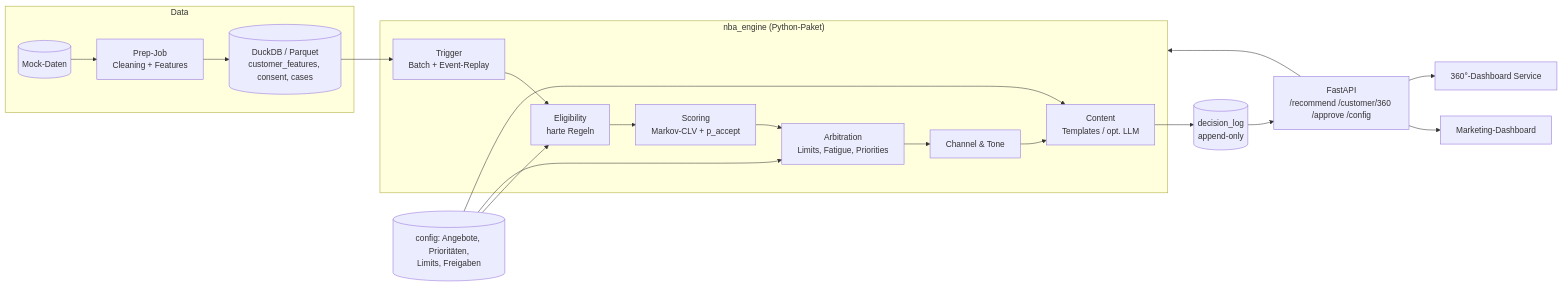
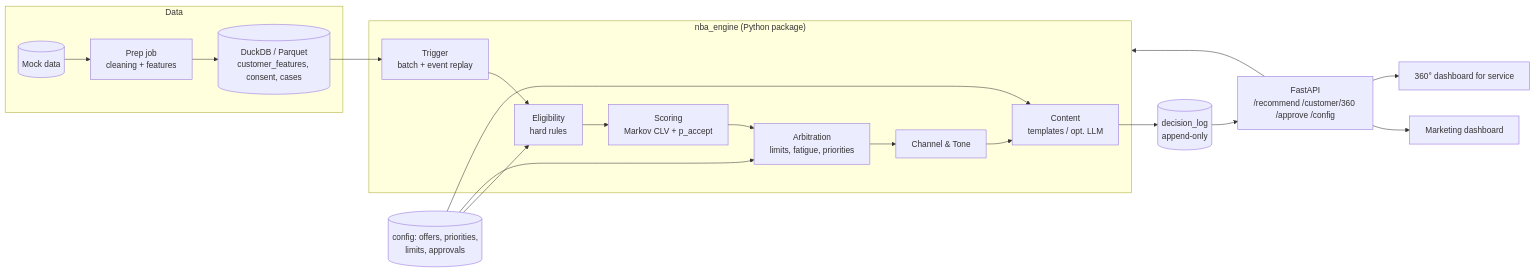
The second of 3 diagrams in PLANUNG_hackathon3.md (rajansurkhab/maingau-nba-engine), drawn with Mermaid before and after one commit. The commit also changed other lines of this file and 1 other file, not shown here.

````diff
--- a/PLANUNG_hackathon3.md
+++ b/PLANUNG_hackathon3.md
@@ -230,21 +230,21 @@
 ```mermaid
 flowchart LR
   subgraph Data
-    RAW[(Mock-Daten)] --> PREP[Prep-Job<br/>Cleaning + Features]
+    RAW[(Mock data)] --> PREP[Prep job<br/>cleaning + features]
     PREP --> DB[(DuckDB / Parquet<br/>customer_features, consent, cases)]
   end
-  subgraph Engine["nba_engine (Python-Paket)"]
-    TRG[Trigger<br/>Batch + Event-Replay] --> ELI[Eligibility<br/>harte Regeln]
-    ELI --> SCO[Scoring<br/>Markov-CLV + p_accept]
-    SCO --> ARB[Arbitration<br/>Limits, Fatigue, Priorities]
+  subgraph Engine["nba_engine (Python package)"]
+    TRG[Trigger<br/>batch + event replay] --> ELI[Eligibility<br/>hard rules]
+    ELI --> SCO[Scoring<br/>Markov CLV + p_accept]
+    SCO --> ARB[Arbitration<br/>limits, fatigue, priorities]
     ARB --> CT[Channel & Tone]
-    CT --> CON[Content<br/>Templates / opt. LLM]
+    CT --> CON[Content<br/>templates / opt. LLM]
   end
   DB --> TRG
-  CFG[(config: Angebote, Prioritäten,<br/>Limits, Freigaben)] --> ELI & ARB & CON
+  CFG[(config: offers, priorities,<br/>limits, approvals)] --> ELI & ARB & CON
   CON --> LOG[(decision_log<br/>append-only)]
   API[FastAPI<br/>/recommend /customer/360 /approve /config] --> Engine
   LOG --> API
-  API --> MUI[Marketing-Dashboard]
-  API --> SUI[360°-Dashboard Service]
+  API --> MUI[Marketing dashboard]
+  API --> SUI[360° dashboard for service]
 ```
````
